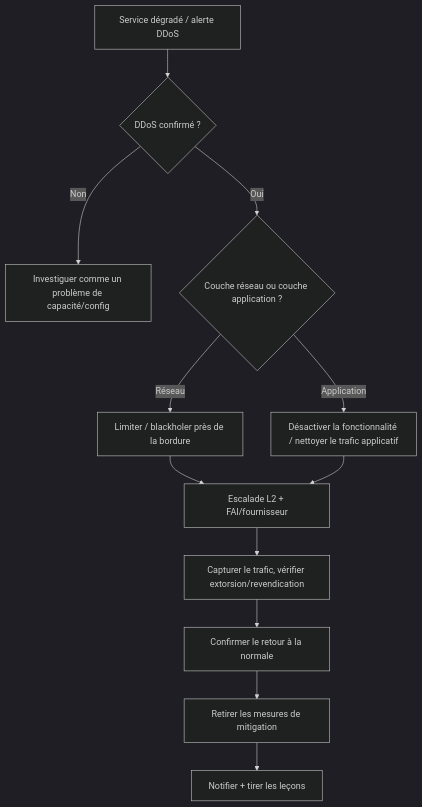
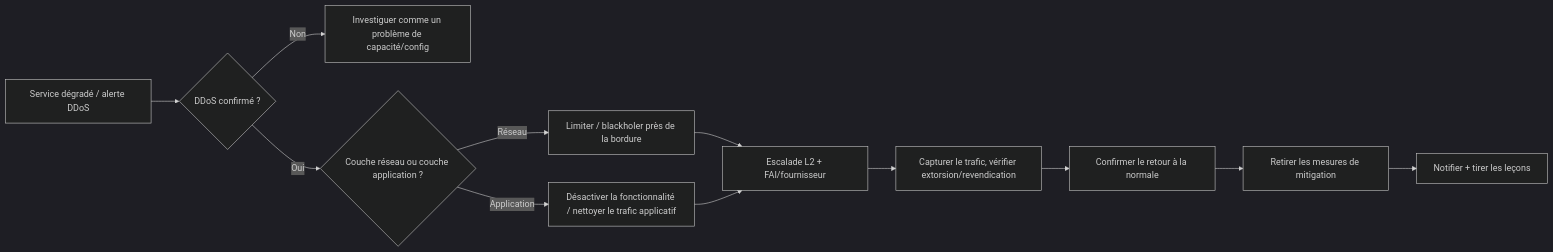
One commit to MiracleDvm/ir-firstline changed the diagram in docs/fr/runbooks/ddos.md. Above: the diagram before and after it, drawn with Mermaid (dark theme). The commit also changed other lines of this file and 26 other files, not shown here.

Commit message:
Fix decision-tree diagram sizing/legibility, add PDF export, land tool links -- Convert decision trees to horizontal/collapsible, link cited tools/sources

````diff
--- a/docs/fr/runbooks/ddos.md
+++ b/docs/fr/runbooks/ddos.md
@@ -28,14 +30,14 @@
-```mermaid
-flowchart TD
-    A[Service dégradé / alerte DDoS] --> B{DDoS confirmé ?}
-    B -->|Non| C[Investiguer comme un problème de capacité/config]
-    B -->|Oui| D{Couche réseau ou couche application ?}
-    D -->|Réseau| E[Limiter / blackholer près de la bordure]
-    D -->|Application| F[Désactiver la fonctionnalité / nettoyer le trafic applicatif]
-    E --> G[Escalade L2 + FAI/fournisseur]
-    F --> G
-    G --> H[Capturer le trafic, vérifier extorsion/revendication]
-    H --> I[Confirmer le retour à la normale]
-    I --> J[Retirer les mesures de mitigation]
-    J --> K[Notifier + tirer les leçons]
-```
+    ```mermaid
+    flowchart LR
+        A[Service dégradé / alerte DDoS] --> B{DDoS confirmé ?}
+        B -->|Non| C[Investiguer comme un problème de capacité/config]
+        B -->|Oui| D{Couche réseau ou couche application ?}
+        D -->|Réseau| E[Limiter / blackholer près de la bordure]
+        D -->|Application| F[Désactiver la fonctionnalité / nettoyer le trafic applicatif]
+        E --> G[Escalade L2 + FAI/fournisseur]
+        F --> G
+        G --> H[Capturer le trafic, vérifier extorsion/revendication]
+        H --> I[Confirmer le retour à la normale]
+        I --> J[Retirer les mesures de mitigation]
+        J --> K[Notifier + tirer les leçons]
+    ```
````
